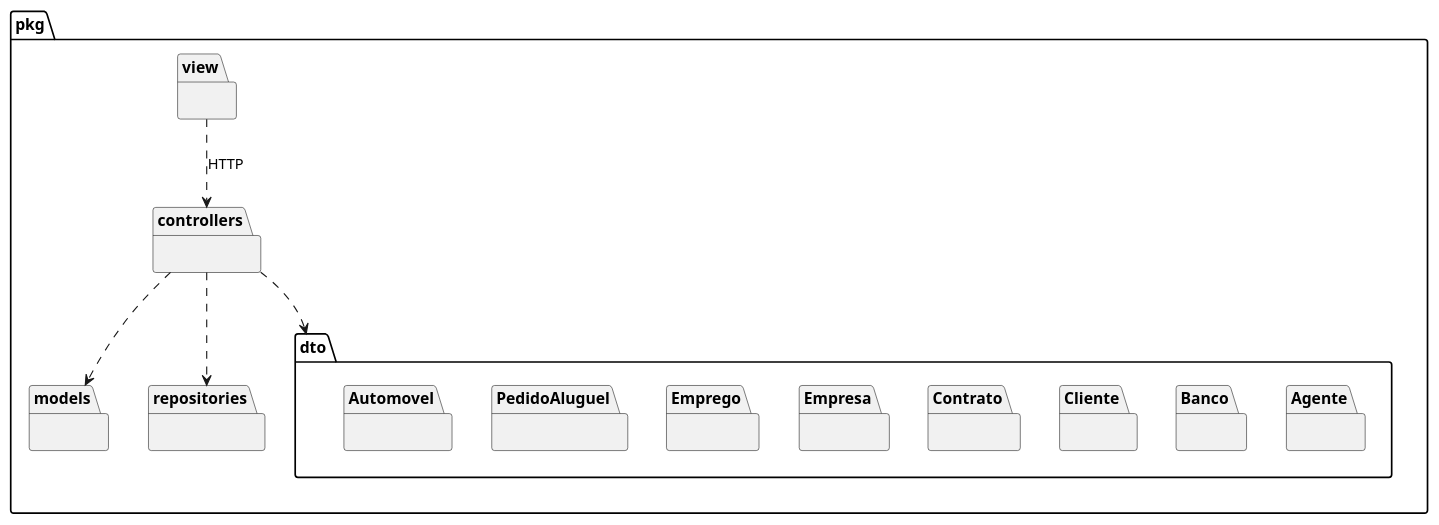
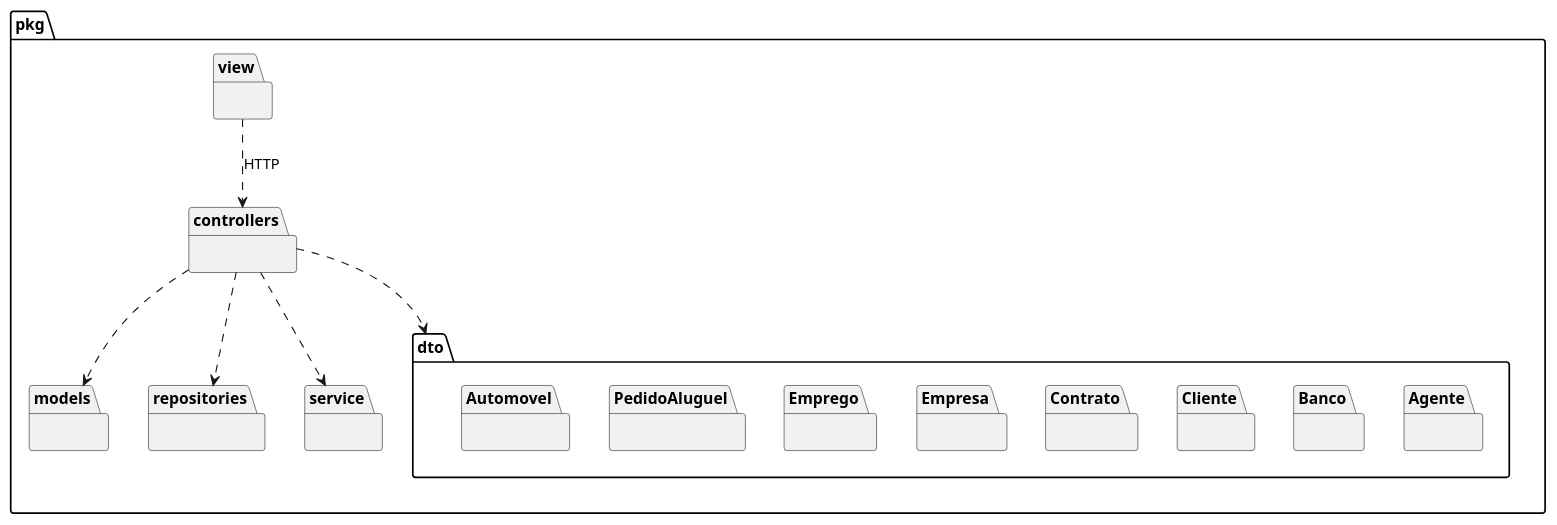
Before and after one commit to GuilhermeFalante/LDS_Aluguel_de_Carros: the diagram in projeto/diagramaDePacotesSprint2.md, drawn with PlantUML. The commit also changed 9 other files, not shown here.

Commit message:
solicitacoes do professor e diagrama de implantação

```diff
--- a/projeto/diagramaDePacotesSprint2.md
+++ b/projeto/diagramaDePacotesSprint2.md
@@ -1,39 +1,42 @@
 @startuml
 package "pkg" {
     package "controllers" {
     }
     package "models" {
     }
     package "repositories" {
     }
     package "view" {
+    }
+    package "service" {
     }
 
     
     package "dto" {
         package "Agente" {
         }
         package "Banco" {
         }
         package "Cliente" {
         }
         package "Contrato" {
         }
         package "Empresa" {
         }
         package "Emprego" {
         }
         package "PedidoAluguel" {
         }
         package "Automovel" {
         }
     }
     
 
     controllers ..> repositories
     controllers ..> models
     controllers ..> dto
+    controllers ..> service
     view ..> controllers :HTTP
     
 }
 @enduml
```
